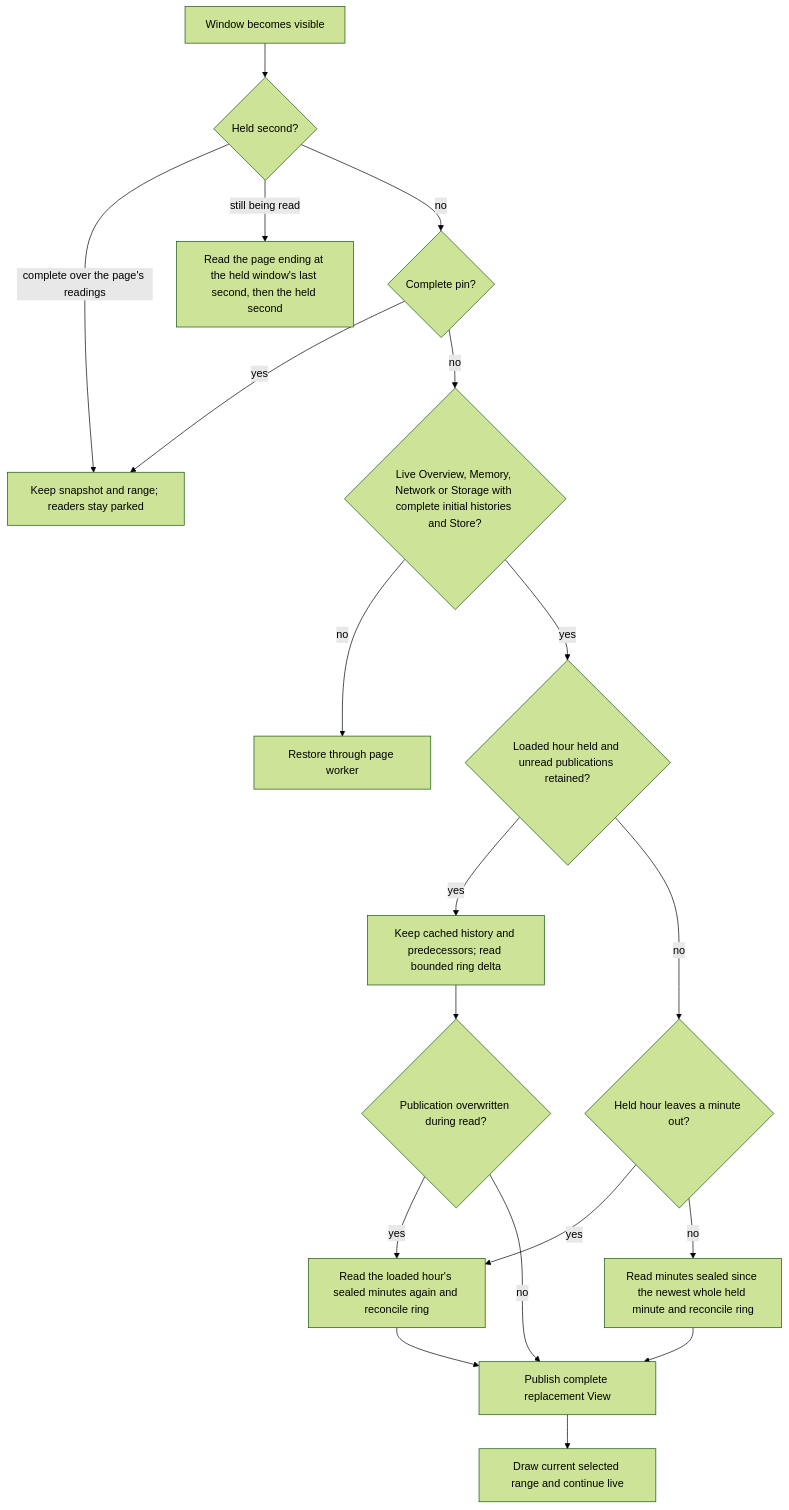
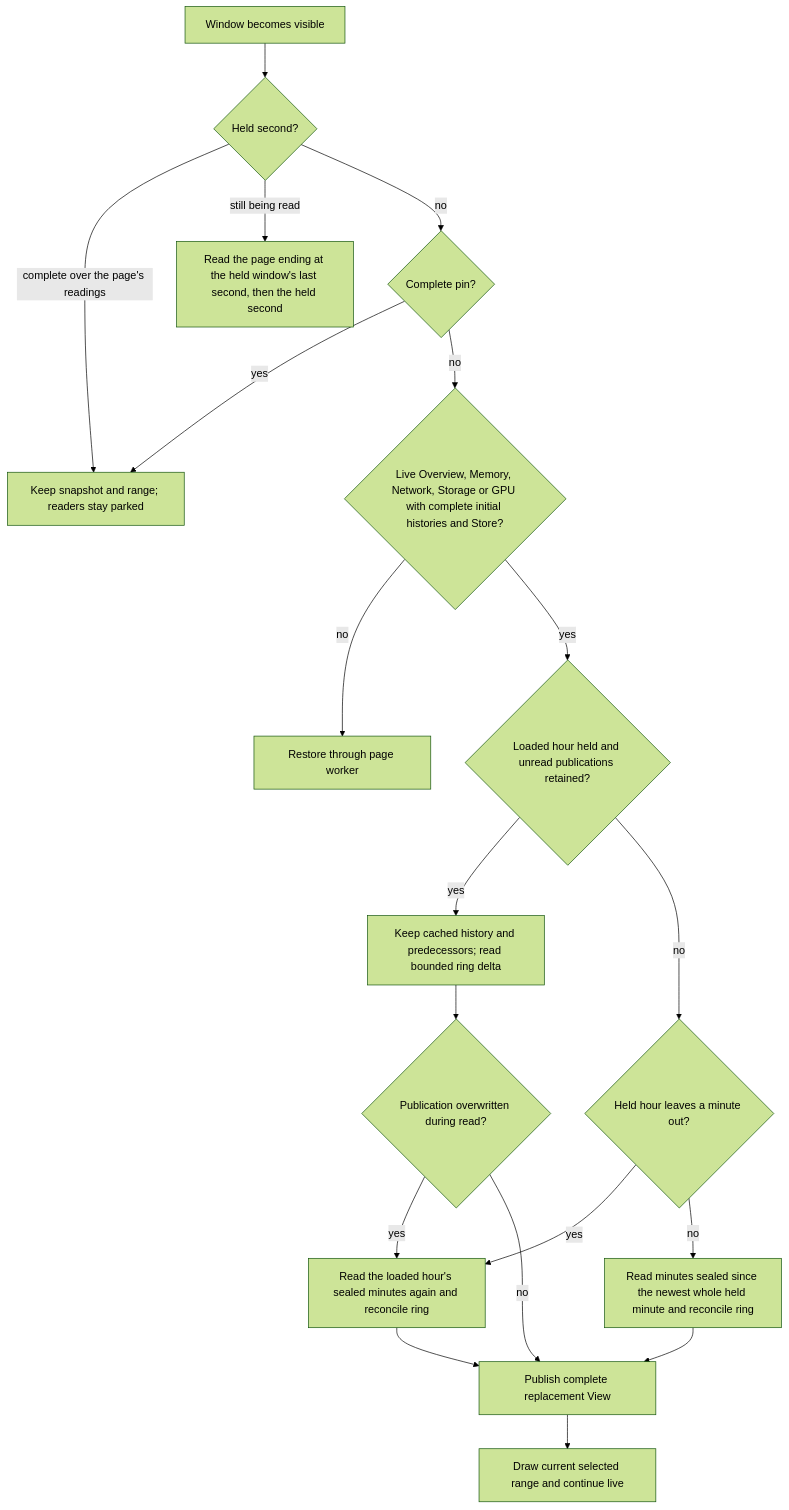
The third of 3 diagrams in docs/architecture.md (joaofnds/flightdeck), drawn with Mermaid (forest theme) before and after one commit. The commit also changed other lines of this file and 18 other files, not shown here.

````diff
--- a/docs/architecture.md
+++ b/docs/architecture.md
@@ -189,21 +189,21 @@
 ```mermaid
 flowchart TD
     Show[Window becomes visible] --> Held{Held second?}
     Held -->|complete over the page's readings| Keep
     Held -->|still being read| HeldRead[Read the page ending at the held window's last second, then the held second]
     Held -->|no| Pin{Complete pin?}
     Pin -->|yes| Keep[Keep snapshot and range; readers stay parked]
-    Pin -->|no| Eligible{Live Overview, Memory, Network or Storage with complete initial histories and Store?}
+    Pin -->|no| Eligible{Live Overview, Memory, Network, Storage or GPU with complete initial histories and Store?}
     Eligible -->|no| Worker[Restore through page worker]
     Eligible -->|yes| Covered{Loaded hour held and unread publications retained?}
     Covered -->|yes| Delta[Keep cached history and predecessors; read bounded ring delta]
     Covered -->|no| LeftOut{Held hour leaves a minute out?}
     LeftOut -->|yes| Hour
     LeftOut -->|no| Reload[Read minutes sealed since the newest whole held minute and reconcile ring]
     Delta --> Lost{Publication overwritten during read?}
     Lost -->|yes| Hour[Read the loaded hour's sealed minutes again and reconcile ring]
     Lost -->|no| Complete[Publish complete replacement View]
     Reload --> Complete
     Hour --> Complete
     Complete --> Live[Draw current selected range and continue live]
 ```
````
